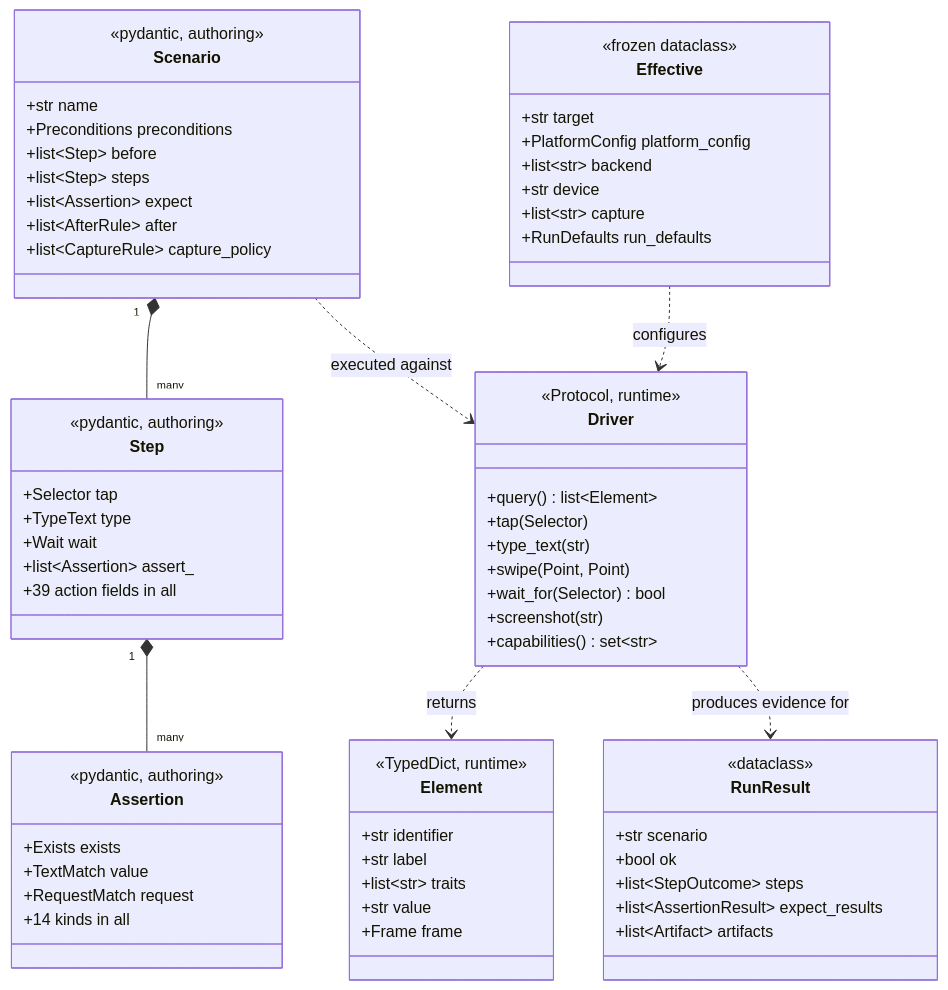
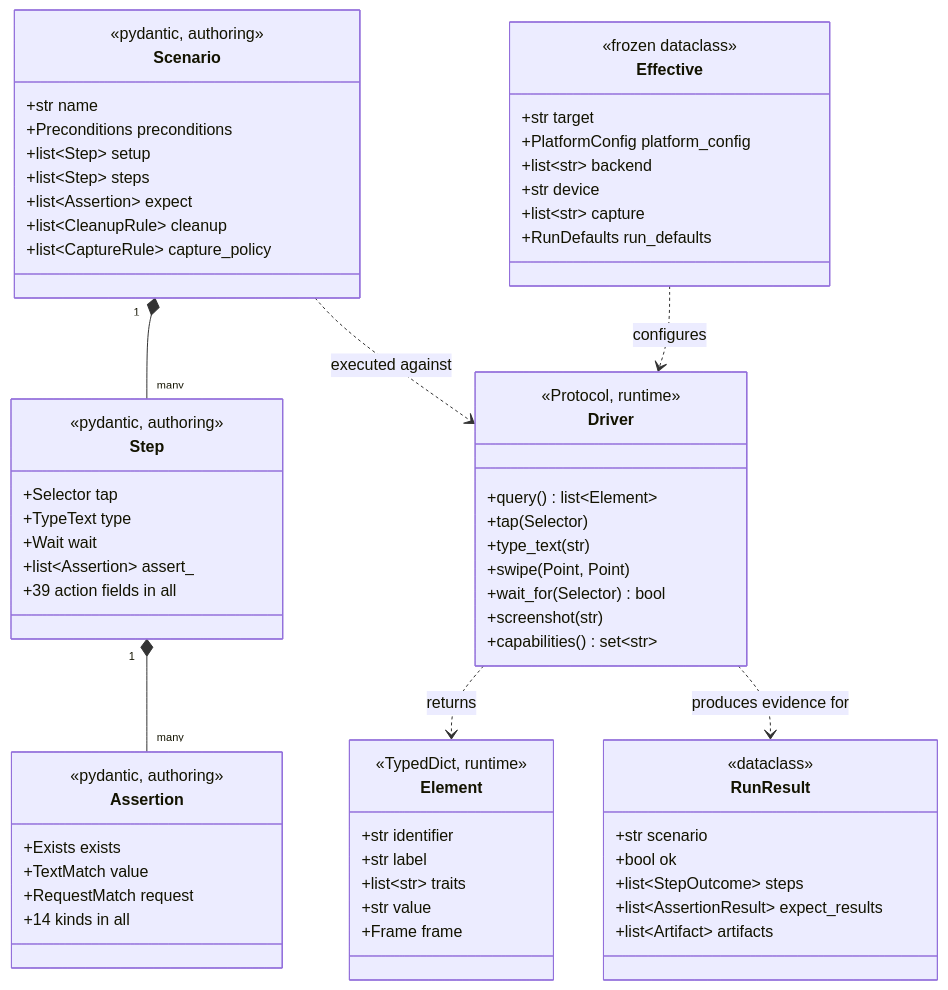
Before and after one commit to bajutsu-e2e/bajutsu: the third of 8 diagrams in docs/developer-guide.md, drawn with Mermaid. The commit also changed other lines of this file and 101 other files, not shown here.

First line of the commit message:
feat(scenario): rename before/after to setup/cleanup and error to failure (BE-0452 unit 5)

````diff
--- a/docs/developer-guide.md
+++ b/docs/developer-guide.md
@@ -288,70 +288,70 @@
 ```mermaid
 classDiagram
     class Scenario {
         <<pydantic, authoring>>
         +str name
         +Preconditions preconditions
-        +list~Step~ before
+        +list~Step~ setup
         +list~Step~ steps
         +list~Assertion~ expect
-        +list~AfterRule~ after
+        +list~CleanupRule~ cleanup
         +list~CaptureRule~ capture_policy
     }
     class Step {
         <<pydantic, authoring>>
         +Selector tap
         +TypeText type
         +Wait wait
         +list~Assertion~ assert_
         +39 action fields in all
     }
     class Assertion {
         <<pydantic, authoring>>
         +Exists exists
         +TextMatch value
         +RequestMatch request
         +14 kinds in all
     }
     class Driver {
         <<Protocol, runtime>>
         +query() list~Element~
         +tap(Selector)
         +type_text(str)
         +swipe(Point, Point)
         +wait_for(Selector) bool
         +screenshot(str)
         +capabilities() set~str~
     }
     class Element {
         <<TypedDict, runtime>>
         +str identifier
         +str label
         +list~str~ traits
         +str value
         +Frame frame
     }
     class Effective {
         <<frozen dataclass>>
         +str target
         +PlatformConfig platform_config
         +list~str~ backend
         +str device
         +list~str~ capture
         +RunDefaults run_defaults
     }
     class RunResult {
         <<dataclass>>
         +str scenario
         +bool ok
         +list~StepOutcome~ steps
         +list~AssertionResult~ expect_results
         +list~Artifact~ artifacts
     }
 
     Scenario "1" *-- "many" Step
     Step "1" *-- "many" Assertion
     Driver ..> Element : returns
     Scenario ..> Driver : executed against
     Effective ..> Driver : configures
     Driver ..> RunResult : produces evidence for
 ```
````
